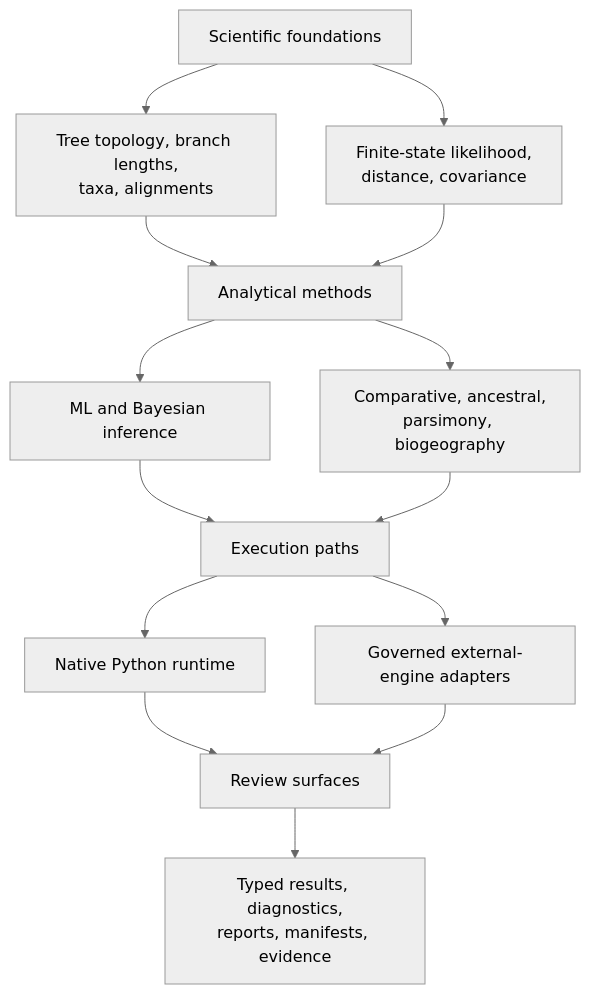
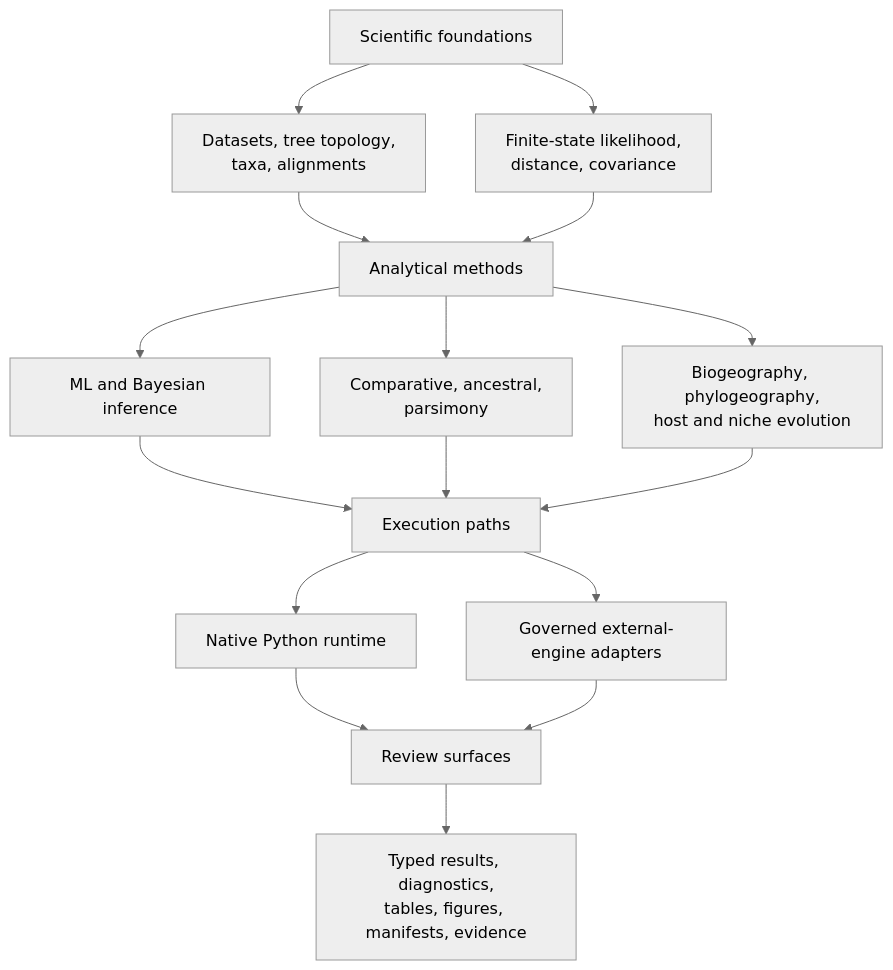
Before and after one commit to bijux/bijux-phylogenetics: the second of 3 diagrams in docs/01-bijux-phylogenetics/index.md, drawn with Mermaid (neutral theme). The commit also changed other lines of this file and 3 other files, not shown here.

````diff
--- a/docs/01-bijux-phylogenetics/index.md
+++ b/docs/01-bijux-phylogenetics/index.md
@@ -110,21 +113,23 @@
 ```mermaid
 flowchart TB
     foundations["Scientific foundations"]
     analysis["Analytical methods"]
     execution["Execution paths"]
     review["Review surfaces"]
 
-    foundations --> trees["Tree topology, branch lengths,<br/>taxa, alignments"]
+    foundations --> trees["Datasets, tree topology,<br/>taxa, alignments"]
     foundations --> models["Finite-state likelihood,<br/>distance, covariance"]
     trees --> analysis
     models --> analysis
     analysis --> inference["ML and Bayesian inference"]
-    analysis --> comparative["Comparative, ancestral,<br/>parsimony, biogeography"]
+    analysis --> comparative["Comparative, ancestral,<br/>parsimony"]
+    analysis --> spatial["Biogeography, phylogeography,<br/>host and niche evolution"]
     inference --> execution
     comparative --> execution
+    spatial --> execution
     execution --> native["Native Python runtime"]
     execution --> adapters["Governed external-engine adapters"]
     native --> review
     adapters --> review
-    review --> outputs["Typed results, diagnostics,<br/>reports, manifests, evidence"]
+    review --> outputs["Typed results, diagnostics,<br/>tables, figures, manifests, evidence"]
 ```
````
